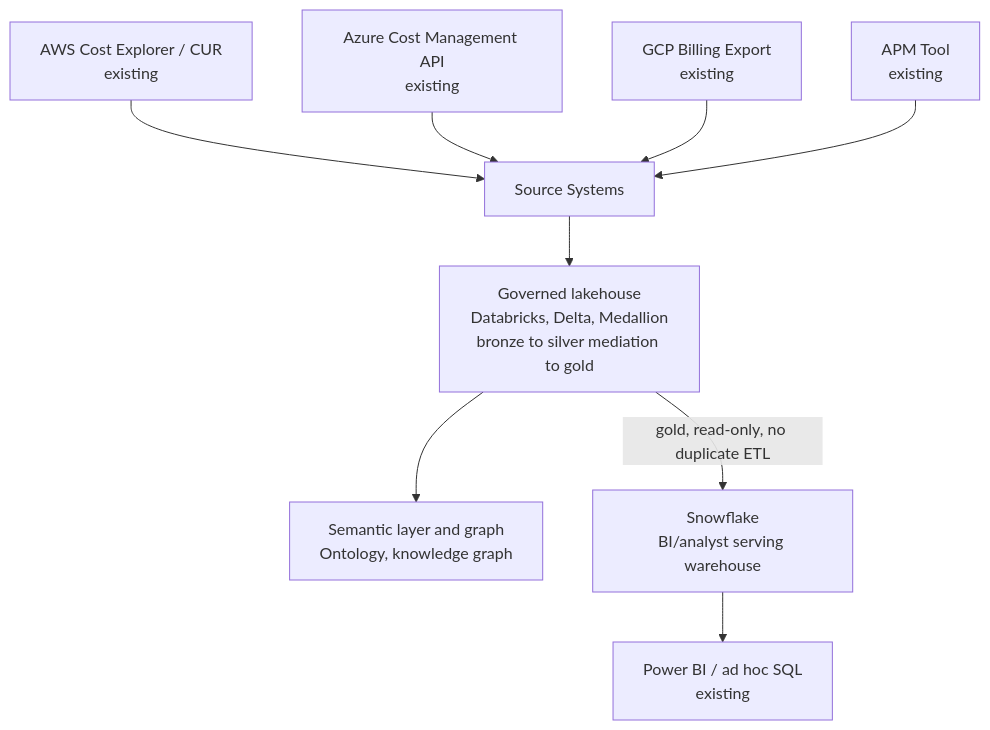
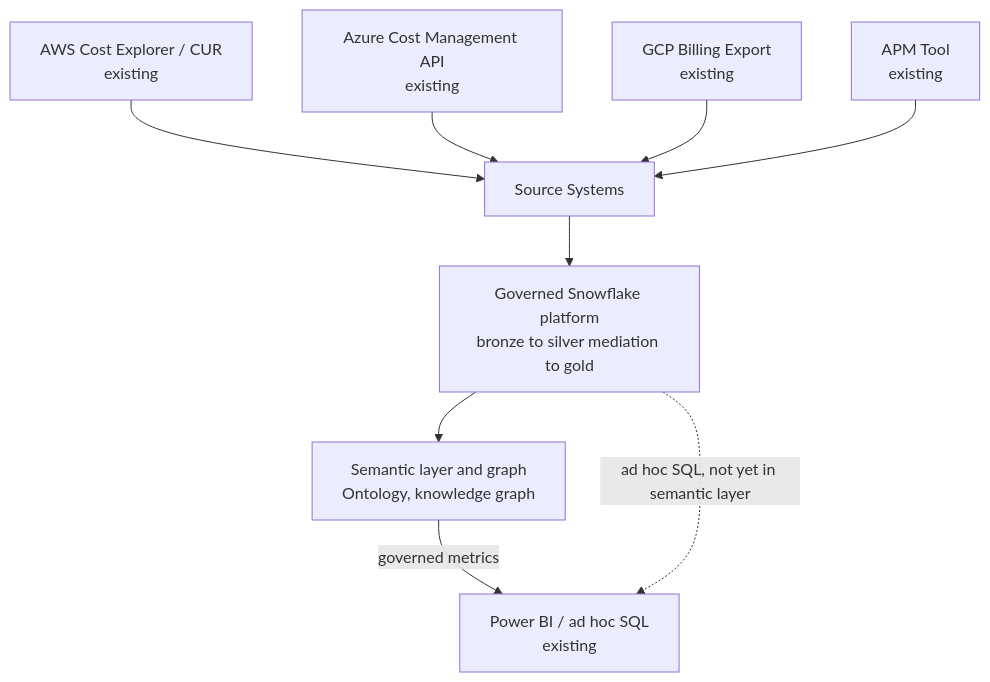
One commit to mbnest/finops-intelligence-platform changed the first of 2 diagrams in docs/Solution_Architecture_Data_Foundations.md. Above: the diagram before and after it, drawn with Mermaid. The commit also changed other lines of this file and 7 other files, not shown here.

````diff
--- a/docs/Solution_Architecture_Data_Foundations.md
+++ b/docs/Solution_Architecture_Data_Foundations.md
@@ -46,11 +46,11 @@
 ```mermaid
 flowchart TD
     AWS["AWS Cost Explorer / CUR<br/>existing"] --> SRC[Source Systems]
     AZURE["Azure Cost Management API<br/>existing"] --> SRC
     GCP["GCP Billing Export<br/>existing"] --> SRC
     APM["APM Tool<br/>existing"] --> SRC
-    SRC --> C[Governed lakehouse<br/>Databricks, Delta, Medallion<br/>bronze to silver mediation to gold]
+    SRC --> C[Governed Snowflake platform<br/>bronze to silver mediation to gold]
     C --> D[Semantic layer and graph<br/>Ontology, knowledge graph]
-    C -->|gold, read-only, no duplicate ETL| SF[Snowflake<br/>BI/analyst serving warehouse]
-    SF --> BI["Power BI / ad hoc SQL<br/>existing"]
+    D -->|governed metrics| BI["Power BI / ad hoc SQL<br/>existing"]
+    C -.->|ad hoc SQL, not yet in semantic layer| BI
 ```
````
